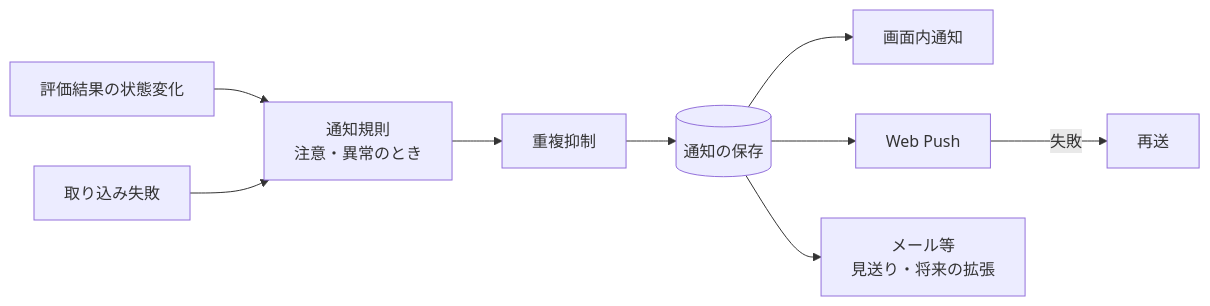
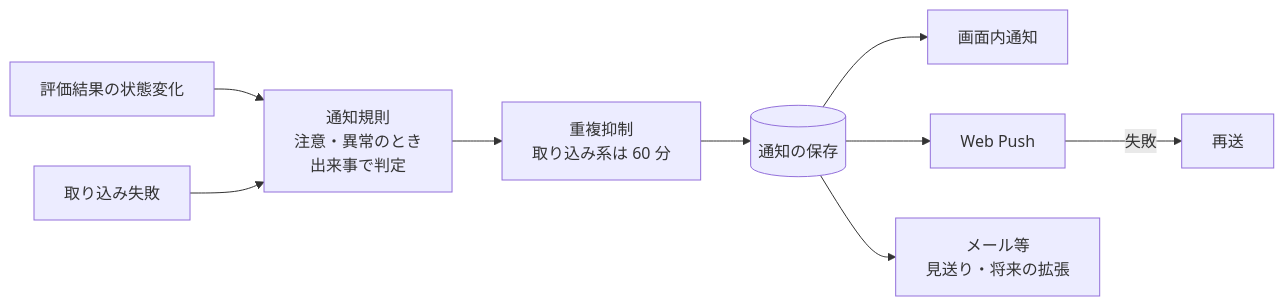
One commit to NS-APU/smart-farm-monitoring changed the seventh of 9 diagrams in docs/10_design/architecture/architecture.md. Above: the diagram before and after it, drawn with Mermaid. The commit also changed other lines of this file and 11 other files, not shown here.

````diff
--- a/docs/10_design/architecture/architecture.md
+++ b/docs/10_design/architecture/architecture.md
@@ -367,11 +367,11 @@
 ```mermaid
 flowchart LR
-  EV[評価結果の状態変化] --> RULE[通知規則<br>注意・異常のとき]
+  EV[評価結果の状態変化] --> RULE[通知規則<br>注意・異常のとき<br>出来事で判定]
   FAIL[取り込み失敗] --> RULE
-  RULE --> DED[重複抑制]
+  RULE --> DED[重複抑制<br>取り込み系は 60 分]
   DED --> NS[(通知の保存)]
   NS --> N1[画面内通知]
   NS --> N2[Web Push]
   NS --> N3[メール等<br>見送り・将来の拡張]
   N2 -->|失敗| RETRY[再送]
 ```
````
